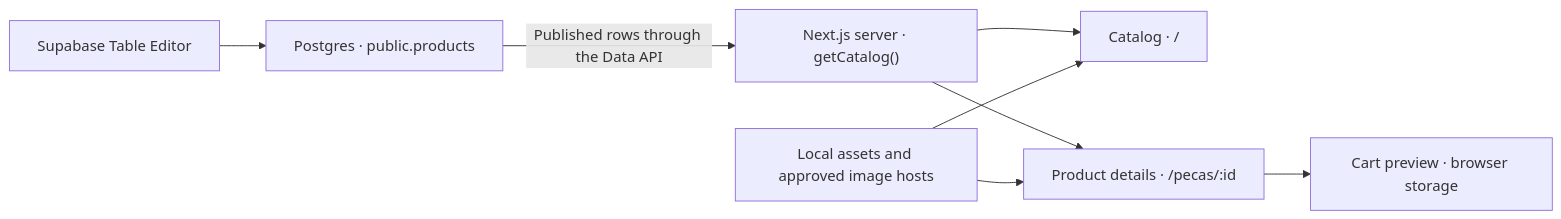
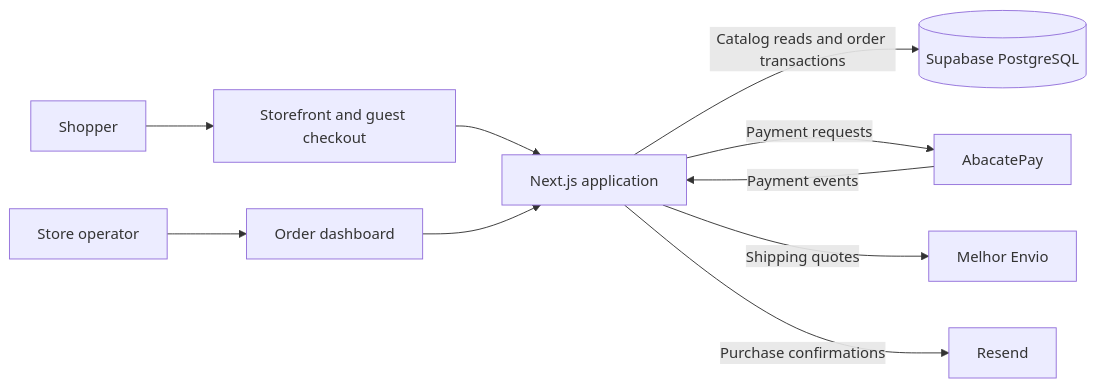
The diagram in README.md (gabriellennon/desapegodasah), drawn with Mermaid before and after one commit. The commit also changed other lines of this file and 10 other files, not shown here.

````diff
--- a/README.md
+++ b/README.md
@@ -31,10 +22,12 @@
 ```mermaid
 flowchart LR
-    Editor["Supabase Table Editor"] --> DB["Postgres · public.products"]
-    DB -->|"Published rows through the Data API"| Source["Next.js server · getCatalog()"]
-    Source --> Catalog["Catalog · /"]
-    Source --> Details["Product details · /pecas/:id"]
-    Details --> Cart["Cart preview · browser storage"]
-    Images["Local assets and approved image hosts"] --> Catalog
-    Images --> Details
+    Shopper["Shopper"] --> Store["Storefront and guest checkout"]
+    Operator["Store operator"] --> Dashboard["Order dashboard"]
+    Store --> App["Next.js application"]
+    Dashboard --> App
+    App -->|Catalog reads and order transactions| DB[("Supabase PostgreSQL")]
+    App -->|Payment requests| Payments["AbacatePay"]
+    Payments -->|Payment events| App
+    App -->|Shipping quotes| Shipping["Melhor Envio"]
+    App -->|Purchase confirmations| Email["Resend"]
 ```
````
